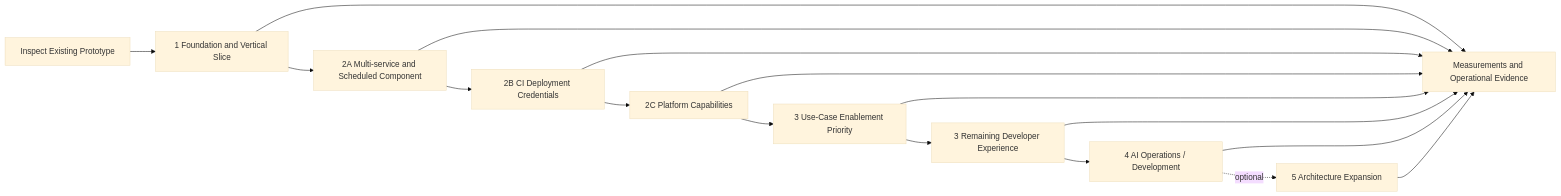
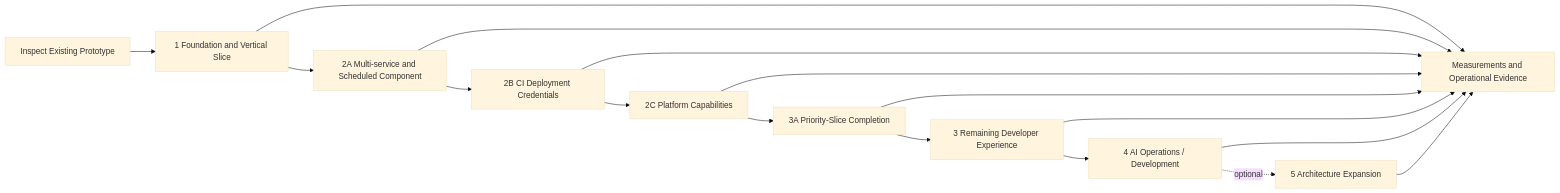
The diagram in docs/maintainers/delivery/README.md (eseidinger/developer-platform), drawn with Mermaid (base theme) before and after one commit. The commit also changed other lines of this file and 7 other files, not shown here.

````diff
--- a/docs/maintainers/delivery/README.md
+++ b/docs/maintainers/delivery/README.md
@@ -40,19 +40,19 @@
 ```mermaid
 flowchart LR
     Baseline["Inspect Existing Prototype"] --> P1["1 Foundation and Vertical Slice"]
     P1 --> P2A["2A Multi-service and Scheduled Component"]
     P2A --> P2B["2B CI Deployment Credentials"]
     P2B --> P2C["2C Platform Capabilities"]
-    P2C --> P3E["3 Use-Case Enablement Priority"]
+    P2C --> P3E["3A Priority-Slice Completion"]
     P3E --> P3["3 Remaining Developer Experience"]
     P3 --> P4["4 AI Operations / Development"]
     P4 -. "optional" .-> P5["5 Architecture Expansion"]
     P1 --> Evidence["Measurements and Operational Evidence"]
     P2A --> Evidence
     P2B --> Evidence
     P2C --> Evidence
     P3E --> Evidence
     P3 --> Evidence
     P4 --> Evidence
     P5 --> Evidence
 ```
````
